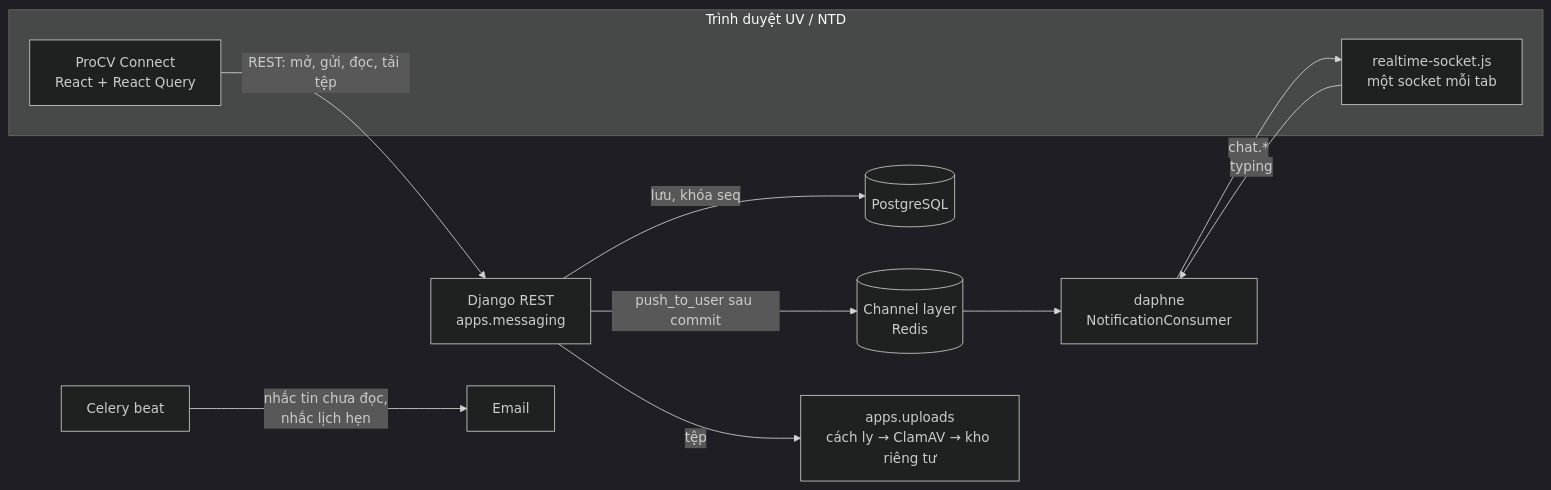
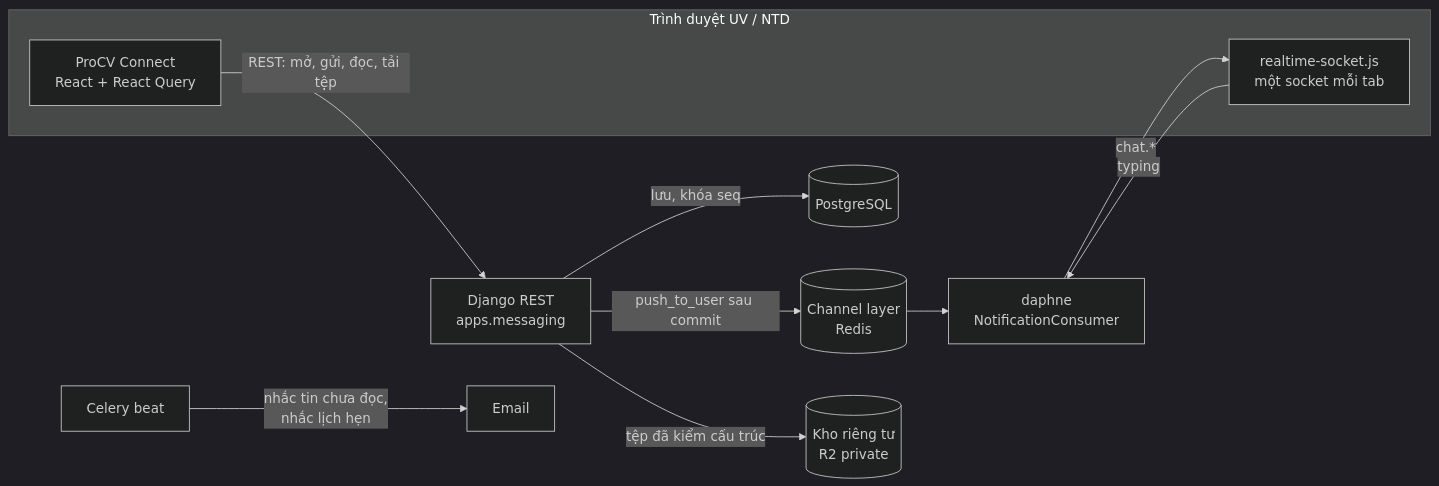
One commit to VanhauDAU/ai-recruitment-platform changed the third of 3 diagrams in docs/01-phan-tich/dac-ta-procv-connect.md. Above: the diagram before and after it, drawn with Mermaid (dark theme). The commit also changed other lines of this file and 78 other files, not shown here.

````diff
--- a/docs/01-phan-tich/dac-ta-procv-connect.md
+++ b/docs/01-phan-tich/dac-ta-procv-connect.md
@@ -124,15 +125,15 @@
 ```mermaid
 flowchart LR
     subgraph Trinh_duyet[Trình duyệt UV / NTD]
         UI[ProCV Connect<br/>React + React Query]
         WS[realtime-socket.js<br/>một socket mỗi tab]
     end
     UI -- REST: mở, gửi, đọc, tải tệp --> API[Django REST<br/>apps.messaging]
     API -- lưu, khóa seq --> DB[(PostgreSQL)]
     API -- push_to_user sau commit --> CL[(Channel layer<br/>Redis)]
     CL --> RT[daphne<br/>NotificationConsumer]
     RT -- chat.* --> WS
     WS -- typing --> RT
-    API -- tệp --> UP[apps.uploads<br/>cách ly → ClamAV → kho riêng tư]
+    API -- tệp đã kiểm cấu trúc --> UP[(Kho riêng tư<br/>R2 private)]
     BEAT[Celery beat] -- nhắc tin chưa đọc,<br/>nhắc lịch hẹn --> MAIL[Email]
 ```
````
